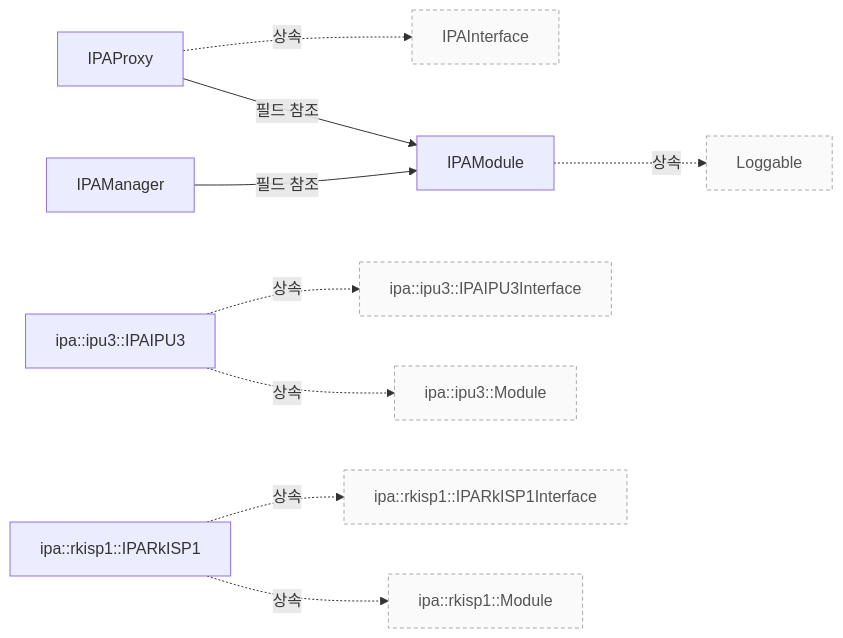
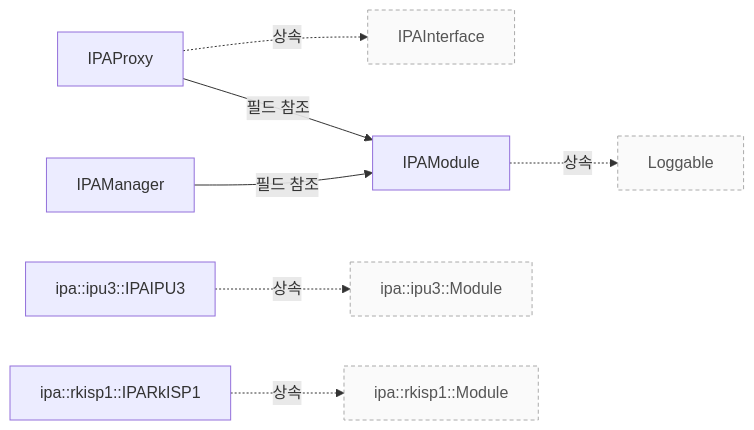
One commit to TTolsun/libcamera-sdd changed the third of 3 diagrams in docs/ipa.md. Above: the diagram before and after it, drawn with Mermaid. The commit also changed other lines of this file and 302 other files, not shown here.

````diff
--- a/docs/ipa.md
+++ b/docs/ipa.md
@@ -2525,23 +1163,19 @@
 ```mermaid
 flowchart LR
   c0["IPAInterface"]:::context
   c1["IPAManager"]
   c2["IPAModule"]
   c3["IPAProxy"]
   c4["Loggable"]:::context
   c5["ipa::ipu3::IPAIPU3"]
-  c6["ipa::ipu3::IPAIPU3Interface"]:::context
-  c7["ipa::ipu3::Module"]:::context
-  c8["ipa::rkisp1::IPARkISP1"]
-  c9["ipa::rkisp1::IPARkISP1Interface"]:::context
-  c10["ipa::rkisp1::Module"]:::context
+  c6["ipa::ipu3::Module"]:::context
+  c7["ipa::rkisp1::IPARkISP1"]
+  c8["ipa::rkisp1::Module"]:::context
   c1 -->|필드 참조| c2
   c2 -.->|상속| c4
   c3 -.->|상속| c0
   c3 -->|필드 참조| c2
   c5 -.->|상속| c6
-  c5 -.->|상속| c7
-  c8 -.->|상속| c9
-  c8 -.->|상속| c10
+  c7 -.->|상속| c8
   classDef context fill:#fafafa,stroke:#aaa,stroke-dasharray:4 3,color:#555
 ```
````
